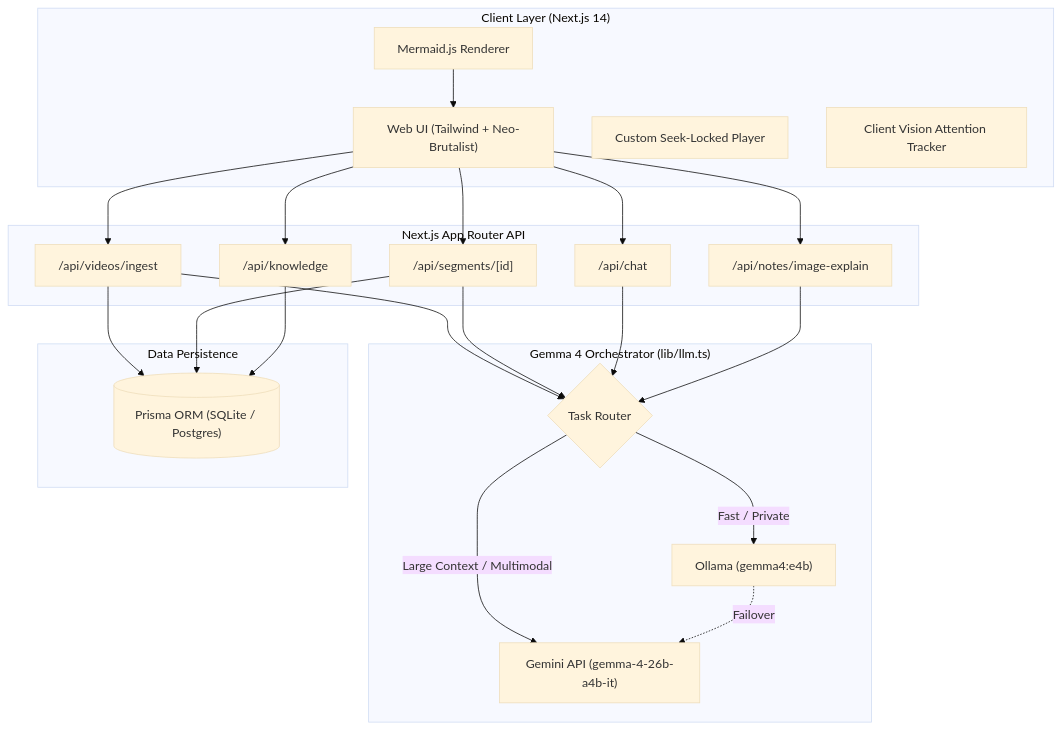
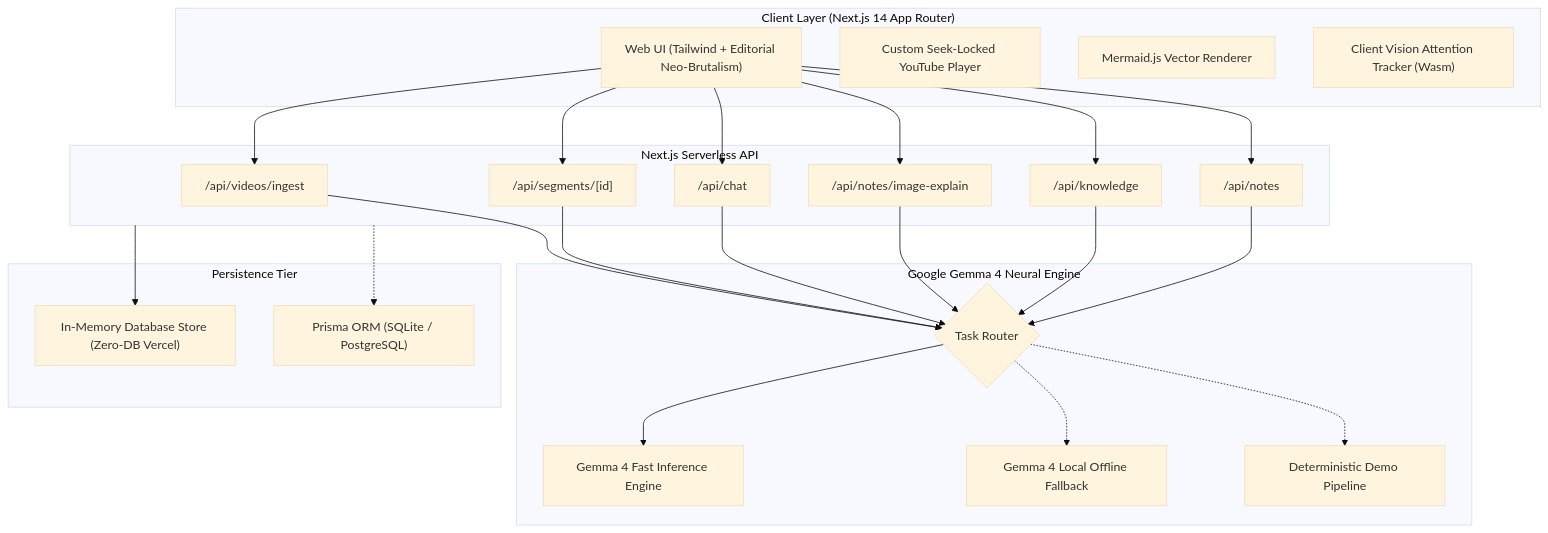
Before and after one commit to badgujarkunal93-blip/sarasai: the diagram in README.md, drawn with Mermaid (base theme). The commit also changed other lines of this file and 2 other files, not shown here.

Commit message:
docs: add hero banner thumbnail and comprehensive Gemma 4 architecture guide in README

````diff
--- a/README.md
+++ b/README.md
@@ -112,35 +129,51 @@
 ```mermaid
 flowchart TD
-  subgraph Client ["Client Layer (Next.js 14)"]
-    UI["Web UI (Tailwind + Neo-Brutalist)"]
-    YT["Custom Seek-Locked Player"]
-    MM["Mermaid.js Renderer"]
-    CV["Client Vision Attention Tracker"]
+  subgraph Client ["Client Layer (Next.js 14 App Router)"]
+    UI["Web UI (Tailwind + Editorial Neo-Brutalism)"]
+    YT["Custom Seek-Locked YouTube Player"]
+    MM["Mermaid.js Vector Renderer"]
+    CV["Client Vision Attention Tracker (Wasm)"]
   end
 
-  subgraph Server ["Next.js App Router API"]
+  subgraph Server ["Next.js Serverless API"]
     Ingest["/api/videos/ingest"]
     Quiz["/api/segments/[id]"]
     Chat["/api/chat"]
     Vision["/api/notes/image-explain"]
     Graph["/api/knowledge"]
+    Notes["/api/notes"]
   end
 
-  subgraph LLM ["Gemma 4 Orchestrator (lib/llm.ts)"]
+  subgraph AI ["Google Gemma 4 Neural Engine"]
     Router{"Task Router"}
-    Local["Ollama (gemma4:e4b)"]
-    Cloud["Gemini API (gemma-4-26b-a4b-it)"]
+    GemmaCloud["Gemma 4 Fast Inference Engine"]
+    GemmaLocal["Gemma 4 Local Offline Fallback"]
+    Deterministic["Deterministic Demo Pipeline"]
   end
 
-  subgraph DB ["Data Persistence"]
-    Prisma[("Prisma ORM (SQLite / Postgres)")]
+  subgraph Data ["Persistence Tier"]
+    MemoryStore["In-Memory Database Store (Zero-DB Vercel)"]
+    PrismaDB["Prisma ORM (SQLite / PostgreSQL)"]
   end
 
-  UI --> Ingest & Quiz & Chat & Vision & Graph
-  Ingest & Quiz & Chat & Vision --> Router
-  Router -->|Fast / Private| Local
-  Router -->|Large Context / Multimodal| Cloud
-  Local -.->|Failover| Cloud
-  Ingest & Quiz & Graph --> Prisma
-  MM --> UI
+  UI --> Ingest
+  UI --> Quiz
+  UI --> Chat
+  UI --> Vision
+  UI --> Graph
+  UI --> Notes
+
+  Ingest --> Router
+  Quiz --> Router
+  Chat --> Router
+  Vision --> Router
+  Graph --> Router
+  Notes --> Router
+
+  Router --> GemmaCloud
+  Router -.-> GemmaLocal
+  Router -.-> Deterministic
+
+  Server --> MemoryStore
+  Server -.-> PrismaDB
 ```
````
